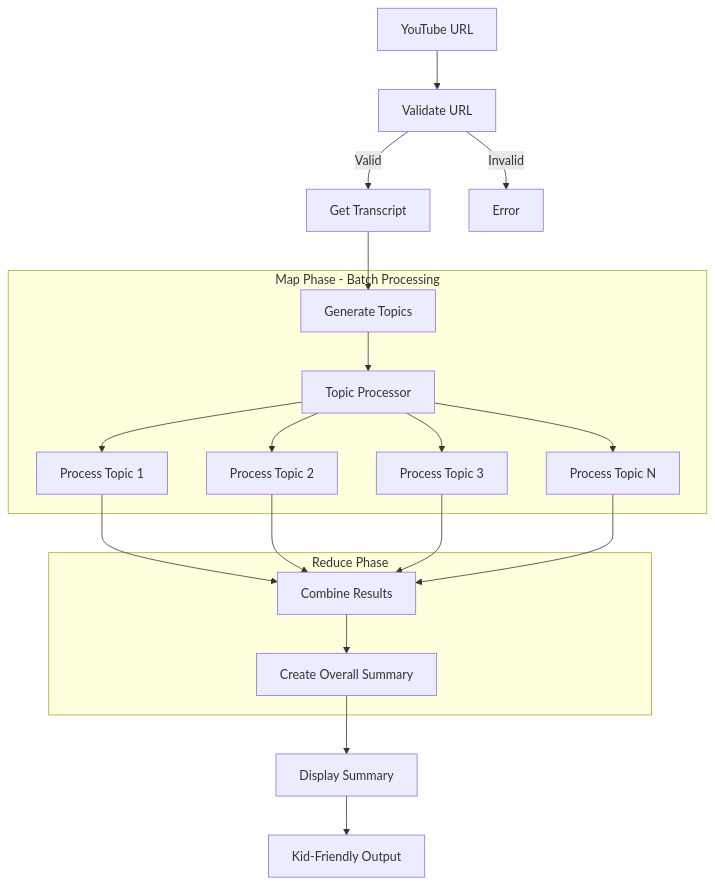
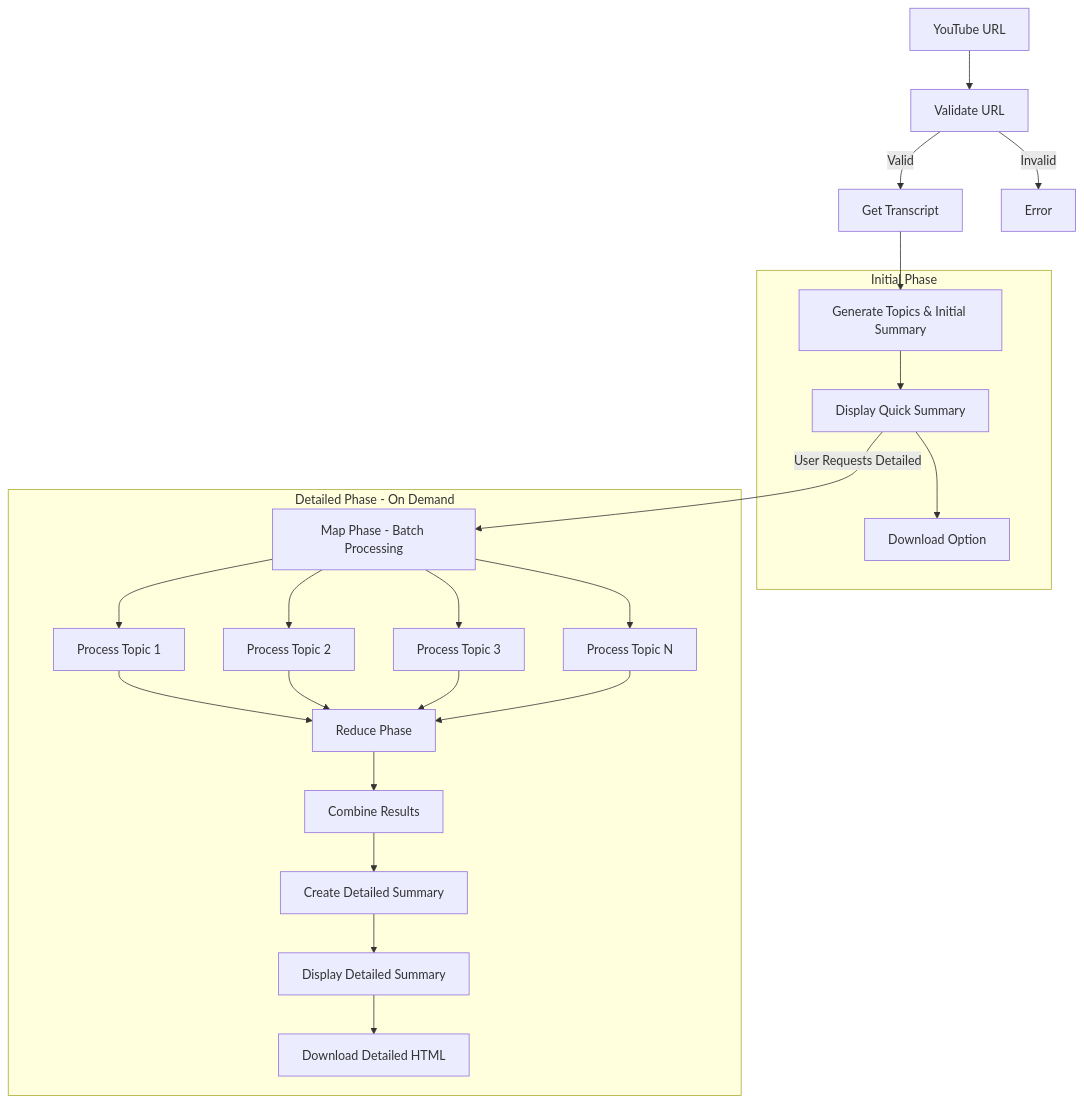
The diagram in README.md (adityasoni99/YoutubeSummarizerKidsExtension), drawn with Mermaid before and after one commit. The commit also changed other lines of this file and 1 other file, not shown here.

Commit message:
fixed video link on HTML

````diff
--- a/README.md
+++ b/README.md
@@ -34,27 +37,31 @@
 ```mermaid
 flowchart TD
     start[YouTube URL] --> validate[Validate URL]
     validate -->|Valid| transcript[Get Transcript]
     validate -->|Invalid| error[Error]
     
-    transcript --> topics[Generate Topics]
+    transcript --> topics[Generate Topics & Initial Summary]
     
-    subgraph map[Map Phase - Batch Processing]
-        topics --> batch[Topic Processor]
-        batch --> topic1[Process Topic 1]
-        batch --> topic2[Process Topic 2] 
-        batch --> topic3[Process Topic 3]
-        batch --> topicN[Process Topic N]
+    subgraph initial[Initial Phase]
+        topics --> display1[Display Quick Summary]
+        display1 --> download1[Download Option]
     end
     
-    subgraph reduce[Reduce Phase]
-        topic1 --> combine[Combine Results]
-        topic2 --> combine
-        topic3 --> combine
-        topicN --> combine
-        combine --> summary[Create Overall Summary]
+    subgraph detailed[Detailed Phase - On Demand]
+        display1 -->|User Requests Detailed| map[Map Phase - Batch Processing]
+        map --> topic1[Process Topic 1]
+        map --> topic2[Process Topic 2] 
+        map --> topic3[Process Topic 3]
+        map --> topicN[Process Topic N]
+        
+        topic1 --> reduce[Reduce Phase]
+        topic2 --> reduce
+        topic3 --> reduce
+        topicN --> reduce
+        
+        reduce --> combine[Combine Results]
+        combine --> detailed_summary[Create Detailed Summary]
+        detailed_summary --> display2[Display Detailed Summary]
+        display2 --> download2[Download Detailed HTML]
     end
-    
-    summary --> display[Display Summary]
-    display --> output[Kid-Friendly Output]
 ```
````
